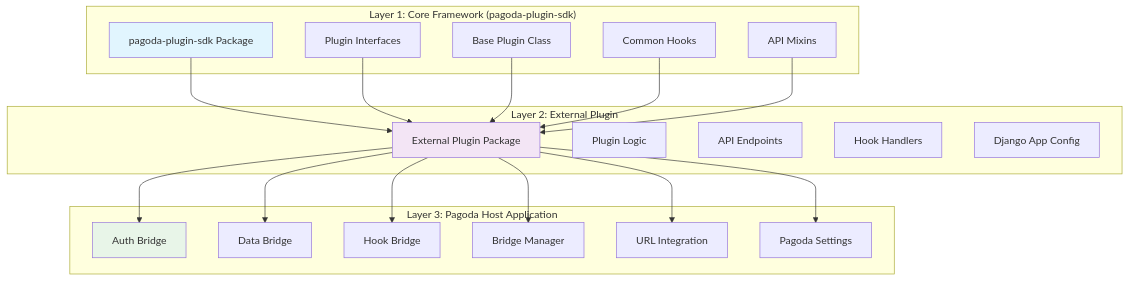
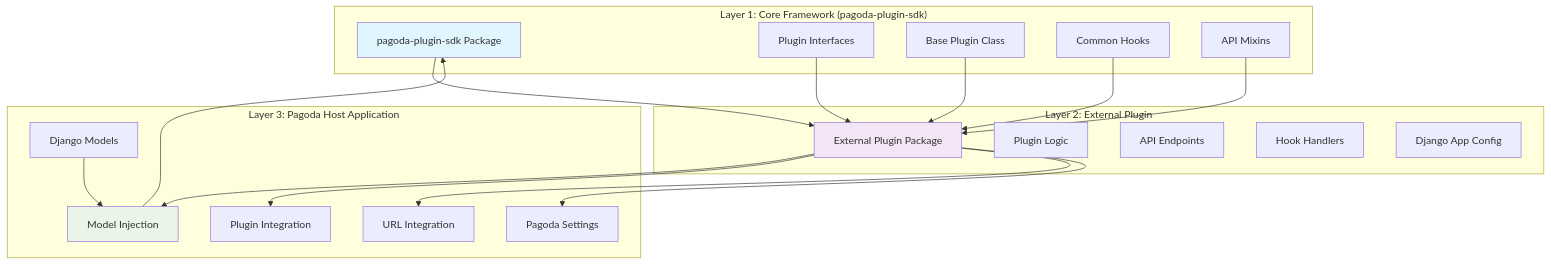
The first of 11 diagrams in docs/content/advanced/plugin_architecture_diagrams.md (dmm-com/pagoda), drawn with Mermaid before and after one commit. The commit also changed other lines of this file and 3 other files, not shown here.

Commit message:
Add hooks attribute to Plugin class for hook handler mapping

````diff
--- a/docs/content/advanced/plugin_architecture_diagrams.md
+++ b/docs/content/advanced/plugin_architecture_diagrams.md
@@ -10,44 +10,43 @@
 ```mermaid
 graph TB
     subgraph "Layer 1: Core Framework (pagoda-plugin-sdk)"
         PC[pagoda-plugin-sdk Package]
         PI[Plugin Interfaces]
         PB[Base Plugin Class]
         CH[Common Hooks]
         AM[API Mixins]
     end
 
     subgraph "Layer 2: External Plugin"
         EP[External Plugin Package]
         PL[Plugin Logic]
         API[API Endpoints]
         HH[Hook Handlers]
         DJ[Django App Config]
     end
 
     subgraph "Layer 3: Pagoda Host Application"
-        AB[Auth Bridge]
-        DB[Data Bridge]
-        HB[Hook Bridge]
-        BM[Bridge Manager]
+        MI[Model Injection]
+        PI_SYS[Plugin Integration]
         UI[URL Integration]
         AS[Pagoda Settings]
+        DM[Django Models]
     end
 
     PC --> EP
     PI --> EP
     PB --> EP
     CH --> EP
     AM --> EP
 
-    EP --> AB
-    EP --> DB
-    EP --> HB
-    EP --> BM
+    EP --> MI
+    EP --> PI_SYS
     EP --> UI
     EP --> AS
+    DM --> MI
+    MI --> PC
 
     style PC fill:#e1f5fe
     style EP fill:#f3e5f5
-    style AB fill:#e8f5e8
+    style MI fill:#e8f5e8
 ```
````
